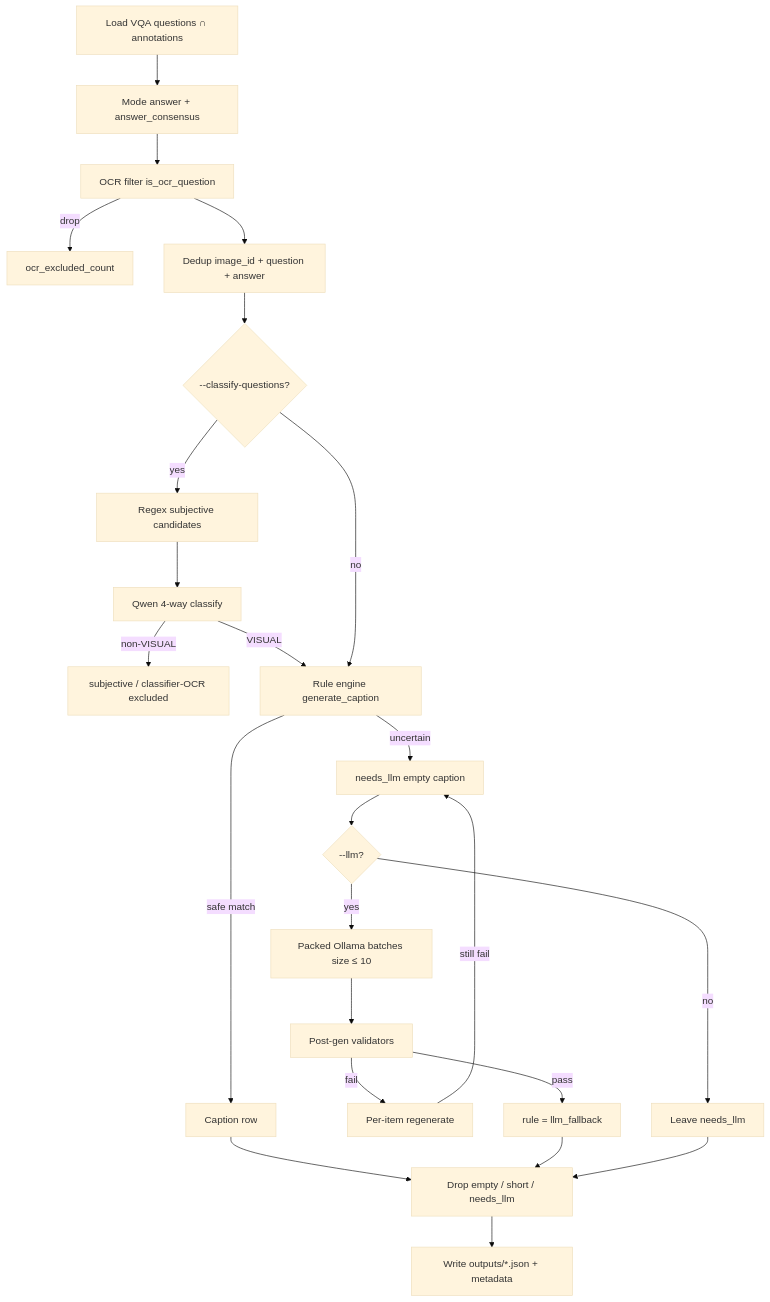
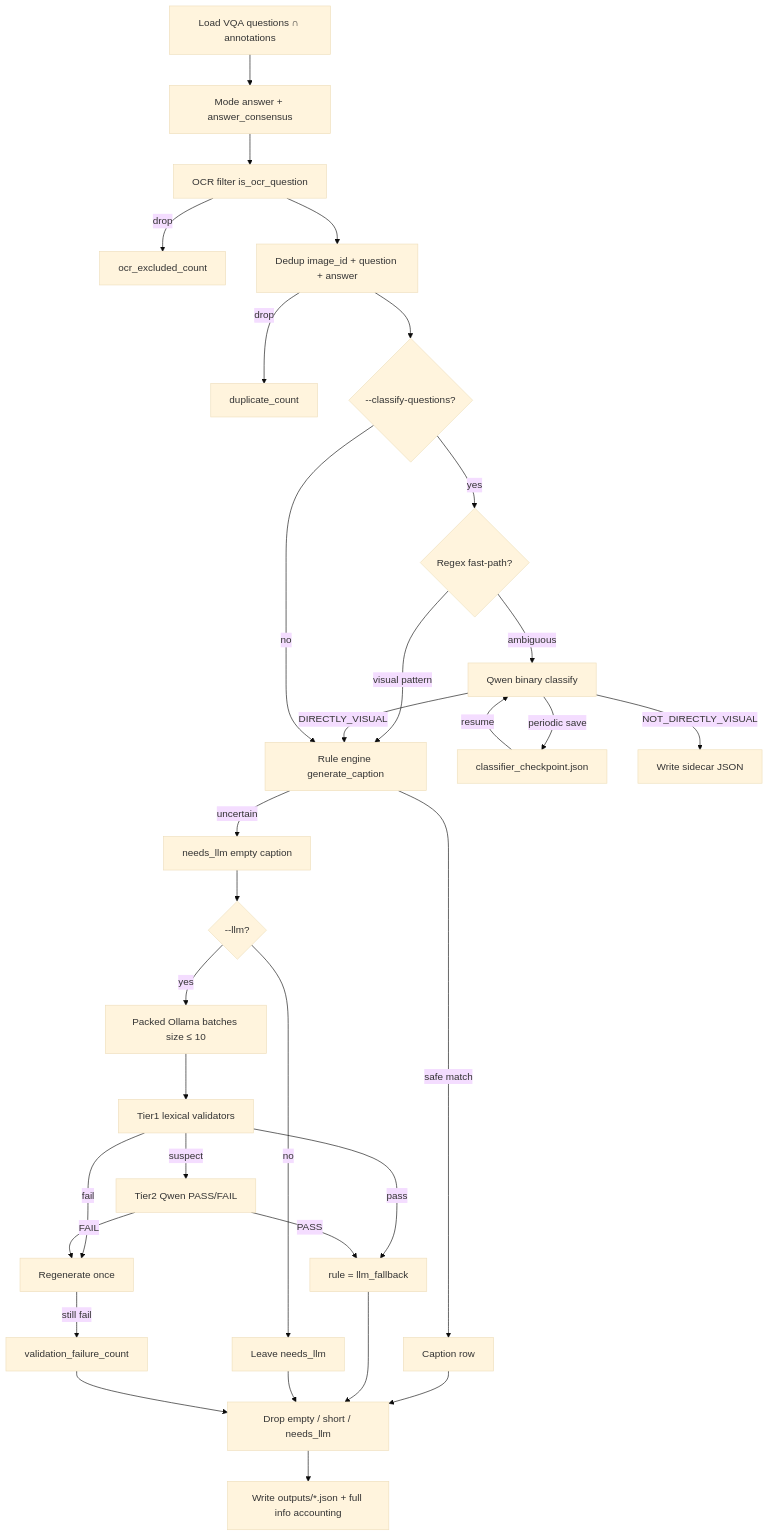
Before and after one commit to MahdiRuzmeh/ImageCaptioningImprovedVisualQuestionAnswering: the third of 6 diagrams in QuestionDependentCaptionGenerator/architecture/architecture.en.md, drawn with Mermaid (base theme). The commit also changed other lines of this file and 8 other files, not shown here.

Commit message:
feat: Implement question dependent caption generator as two class classification problem. every question should be cllasify to DIRECTLY_VISUAL or NOT_DIRECTLY_VISUAL classes.

````diff
--- a/QuestionDependentCaptionGenerator/architecture/architecture.en.md
+++ b/QuestionDependentCaptionGenerator/architecture/architecture.en.md
@@ -92,26 +92,34 @@
 ```mermaid
 flowchart TD
   load[Load VQA questions ∩ annotations] --> mode[Mode answer + answer_consensus]
   mode --> ocr[OCR filter is_ocr_question]
   ocr -->|drop| ocrDrop[ocr_excluded_count]
   ocr --> dedup[Dedup image_id + question + answer]
+  dedup -->|drop| dupDrop[duplicate_count]
   dedup --> subjOpt{--classify-questions?}
-  subjOpt -->|yes| cand[Regex subjective candidates]
-  cand --> clf[Qwen 4-way classify]
-  clf -->|non-VISUAL| subjDrop[subjective / classifier-OCR excluded]
-  clf -->|VISUAL| rules
+  subjOpt -->|yes| fastPath{Regex fast-path?}
+  fastPath -->|visual pattern| rules
+  fastPath -->|ambiguous| clf[Qwen binary classify]
+  clf -->|periodic save| clfCkpt[classifier_checkpoint.json]
+  clfCkpt -->|resume| clf
+  clf -->|NOT_DIRECTLY_VISUAL| side[Write sidecar JSON]
+  clf -->|DIRECTLY_VISUAL| rules
   subjOpt -->|no| rules[Rule engine generate_caption]
   rules -->|safe match| row[Caption row]
   rules -->|uncertain| needs[needs_llm empty caption]
   needs --> llmOpt{--llm?}
   llmOpt -->|yes| batch[Packed Ollama batches size ≤ 10]
-  batch --> val[Post-gen validators]
-  val -->|fail| retry[Per-item regenerate]
-  val -->|pass| llmRow[rule = llm_fallback]
-  retry -->|still fail| needs
+  batch --> tier1[Tier1 lexical validators]
+  tier1 -->|suspect| tier2[Tier2 Qwen PASS/FAIL]
+  tier1 -->|fail| retry[Regenerate once]
+  tier2 -->|FAIL| retry
+  tier1 -->|pass| llmRow[rule = llm_fallback]
+  tier2 -->|PASS| llmRow
+  retry -->|still fail| dropVal[validation_failure_count]
   llmOpt -->|no| keepEmpty[Leave needs_llm]
   row --> drop
   llmRow --> drop
   keepEmpty --> drop[Drop empty / short / needs_llm]
-  drop --> out[Write outputs/*.json + metadata]
+  dropVal --> drop
+  drop --> out[Write outputs/*.json + full info accounting]
 ```
````
